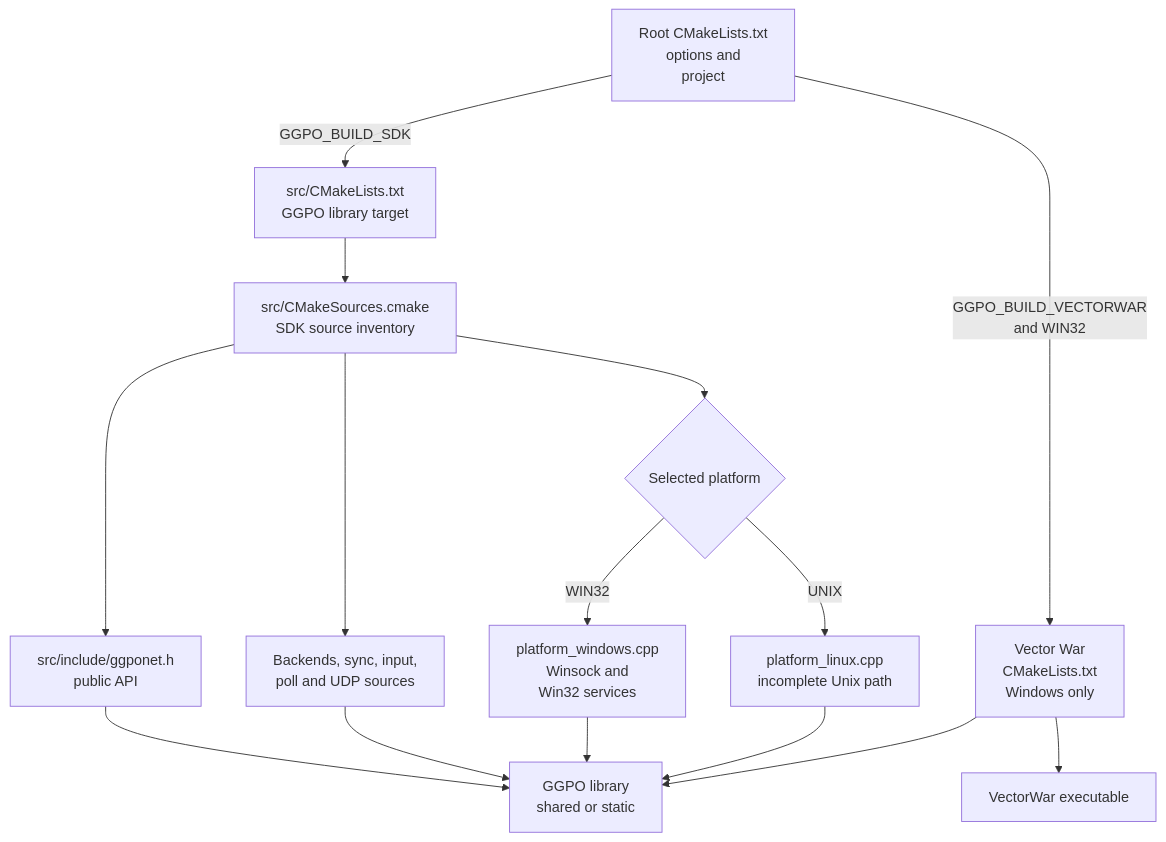
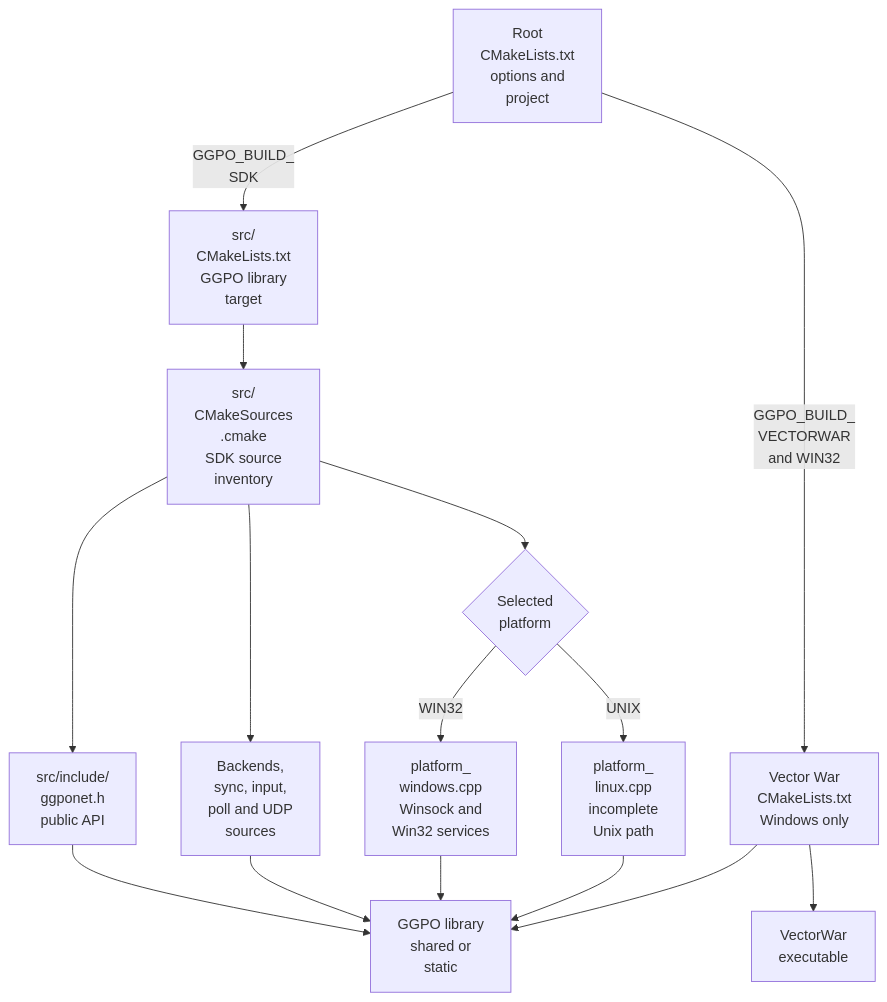
Before and after one commit to irregularthanis/ggpo-next: the diagram in doc/architecture/Build.md, drawn with Mermaid. The commit also changed 8 other files, not shown here.

Commit message:
docs: tighten all architecture diagram wrapping

````diff
--- a/doc/architecture/Build.md
+++ b/doc/architecture/Build.md
@@ -27,29 +27,29 @@
 ```mermaid
 flowchart TD
-    Root["Root CMakeLists.txt<br/>options and<br/>project"]
-    SDKList["src/CMakeLists.txt<br/>GGPO library target"]
-    Sources["src/CMakeSources.cmake<br/>SDK source inventory"]
-    Public["src/include/ggponet.h<br/>public API"]
-    Core["Backends, sync, input,<br/>poll and UDP sources"]
-    Platform{"Selected platform"}
-    Windows["platform_windows.cpp<br/>Winsock and<br/>Win32 services"]
-    Unix["platform_linux.cpp<br/>incomplete Unix path"]
-    Library["GGPO library<br/>shared or static"]
+    Root["Root<br/>CMakeLists.txt<br/>options and<br/>project"]
+    SDKList["src/<br/>CMakeLists.txt<br/>GGPO library<br/>target"]
+    Sources["src/<br/>CMakeSources<br/>.cmake<br/>SDK source<br/>inventory"]
+    Public["src/include/<br/>ggponet.h<br/>public API"]
+    Core["Backends,<br/>sync, input,<br/>poll and UDP<br/>sources"]
+    Platform{"Selected<br/>platform"}
+    Windows["platform_<br/>windows.cpp<br/>Winsock and<br/>Win32 services"]
+    Unix["platform_<br/>linux.cpp<br/>incomplete<br/>Unix path"]
+    Library["GGPO library<br/>shared or<br/>static"]
     SampleList["Vector War<br/>CMakeLists.txt<br/>Windows only"]
-    Sample["VectorWar executable"]
+    Sample["VectorWar<br/>executable"]
 
-    Root -->|"GGPO_BUILD_SDK"| SDKList
+    Root -->|"GGPO_BUILD_<br/>SDK"| SDKList
     SDKList --> Sources
     Sources --> Public
     Sources --> Core
     Sources --> Platform
     Platform -->|"WIN32"| Windows
     Platform -->|"UNIX"| Unix
     Public --> Library
     Core --> Library
     Windows --> Library
     Unix --> Library
-    Root -->|"GGPO_BUILD_VECTORWAR<br/>and WIN32"| SampleList
+    Root -->|"GGPO_BUILD_<br/>VECTORWAR<br/>and WIN32"| SampleList
     SampleList --> Library
     SampleList --> Sample
 ```
````
